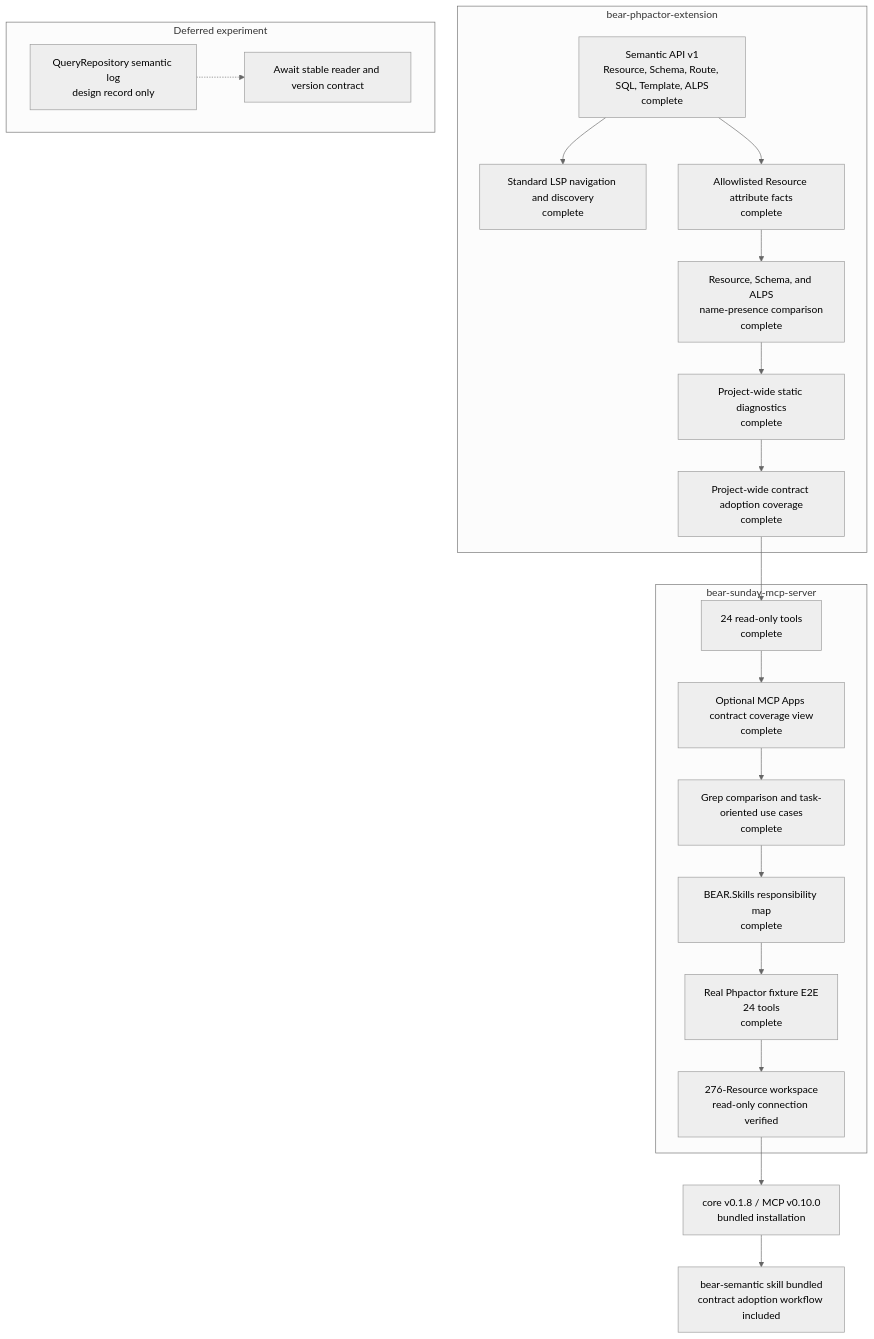
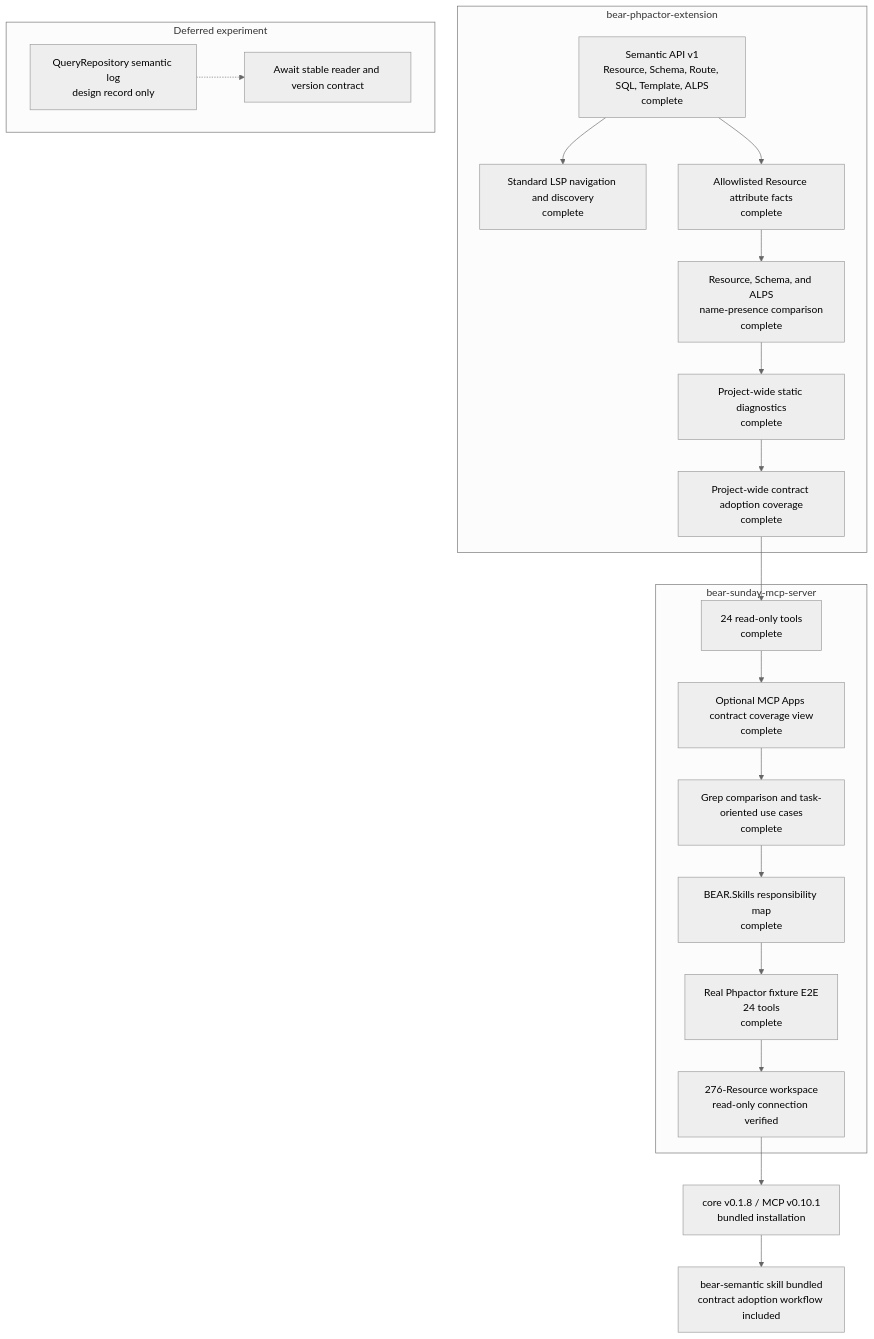
One commit to suzumaze/bear-sunday-mcp-server changed the diagram in docs/project-status.md. Above: the diagram before and after it, drawn with Mermaid (neutral theme). The commit also changed other lines of this file and 4 other files, not shown here.

````diff
--- a/docs/project-status.md
+++ b/docs/project-status.md
@@ -9,34 +9,34 @@
 ```mermaid
 flowchart TB
     subgraph Core["bear-phpactor-extension"]
         C1["Semantic API v1<br/>Resource, Schema, Route, SQL, Template, ALPS<br/>complete"]
         C2["Standard LSP navigation and discovery<br/>complete"]
         C3["Allowlisted Resource attribute facts<br/>complete"]
         C4["Resource, Schema, and ALPS<br/>name-presence comparison<br/>complete"]
         C5["Project-wide static diagnostics<br/>complete"]
         C6["Project-wide contract adoption coverage<br/>complete"]
         C1 --> C2
         C1 --> C3 --> C4 --> C5 --> C6
     end
 
     subgraph MCP["bear-sunday-mcp-server"]
         M1["24 read-only tools<br/>complete"]
         M0["Optional MCP Apps contract coverage view<br/>complete"]
         M2["Grep comparison and task-oriented use cases<br/>complete"]
         M3["BEAR.Skills responsibility map<br/>complete"]
         M4["Real Phpactor fixture E2E<br/>24 tools<br/>complete"]
         M5["276-Resource workspace<br/>read-only connection verified"]
         M1 --> M0 --> M2 --> M3 --> M4 --> M5
     end
 
     C6 --> M1
 
     subgraph Deferred["Deferred experiment"]
         D1["QueryRepository semantic log<br/>design record only"]
         D2["Await stable reader and version contract"]
         D1 -.-> D2
     end
 
-    M5 --> R1["core v0.1.8 / MCP v0.10.0<br/>bundled installation"]
+    M5 --> R1["core v0.1.8 / MCP v0.10.1<br/>bundled installation"]
     R1 --> S1["bear-semantic skill bundled<br/>contract adoption workflow included"]
 ```
````
